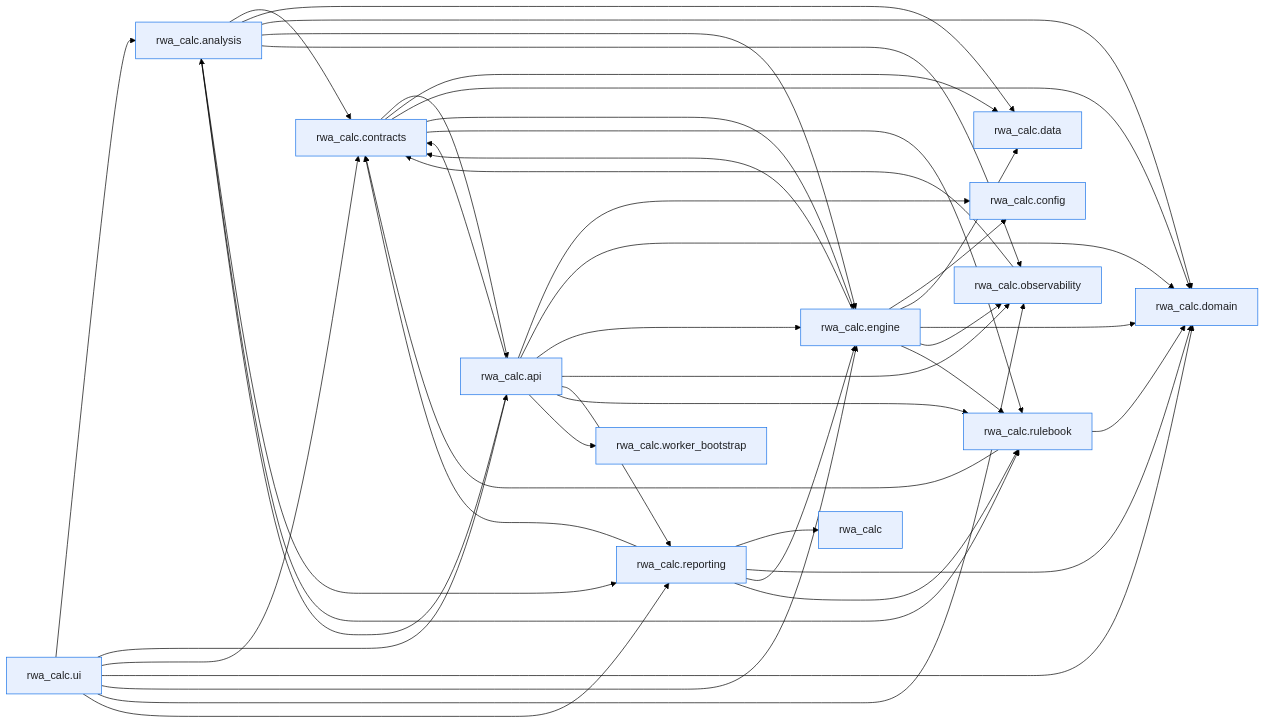
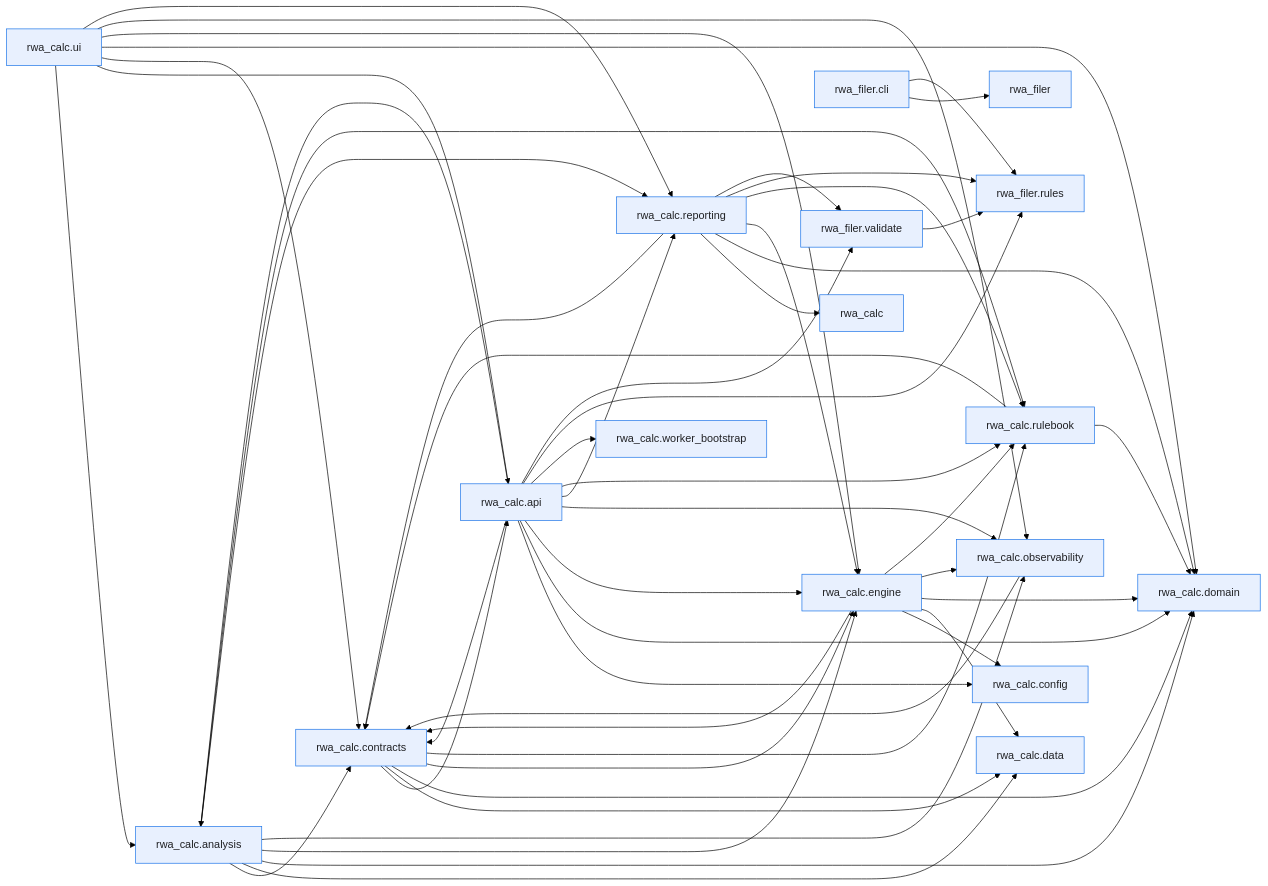
One commit to OpenAfterHours/rwa_calculator changed the first of 2 diagrams in docs/development/module-dependencies.md. Above: the diagram before and after it, drawn with Mermaid (forest theme). The commit also changed other lines of this file and 78 other files, not shown here.

````diff
--- a/docs/development/module-dependencies.md
+++ b/docs/development/module-dependencies.md
@@ -27,60 +27,71 @@
 ```mermaid
 flowchart LR
     p0["rwa_calc"]
     p1["rwa_calc.analysis"]
     p2["rwa_calc.api"]
     p3["rwa_calc.config"]
     p4["rwa_calc.contracts"]
     p5["rwa_calc.data"]
     p6["rwa_calc.domain"]
     p7["rwa_calc.engine"]
     p8["rwa_calc.observability"]
     p9["rwa_calc.reporting"]
     p10["rwa_calc.rulebook"]
     p11["rwa_calc.ui"]
     p12["rwa_calc.worker_bootstrap"]
+    p13["rwa_filer"]
+    p14["rwa_filer.cli"]
+    p15["rwa_filer.rules"]
+    p16["rwa_filer.validate"]
     p1 --> p4
     p1 --> p5
     p1 --> p6
     p1 --> p7
     p1 --> p8
     p1 --> p9
     p1 --> p10
     p2 --> p1
     p2 --> p3
     p2 --> p4
     p2 --> p6
     p2 --> p7
     p2 --> p8
     p2 --> p9
     p2 --> p10
     p2 --> p12
+    p2 --> p15
+    p2 --> p16
     p4 --> p2
     p4 --> p5
     p4 --> p6
     p4 --> p7
     p4 --> p10
     p7 --> p3
     p7 --> p4
     p7 --> p5
     p7 --> p6
     p7 --> p8
     p7 --> p10
     p8 --> p4
     p9 --> p0
     p9 --> p4
     p9 --> p6
     p9 --> p7
     p9 --> p10
+    p9 --> p15
+    p9 --> p16
     p10 --> p4
     p10 --> p6
     p11 --> p1
     p11 --> p2
     p11 --> p4
     p11 --> p6
     p11 --> p7
     p11 --> p8
     p11 --> p9
+    p14 --> p13
+    p14 --> p15
+    p16 --> p15
     classDef first_party fill:#e8f0fe,stroke:#1a73e8,color:#202124
-    class p0,p1,p2,p3,p4,p5,p6,p7,p8,p9,p10,p11,p12 first_party
+    class p0,p1,p2,p3,p4,p5,p6,p7,p8,p9,p10,p11,p12,p13,p14,p15,p16 first_party
 ```
````
